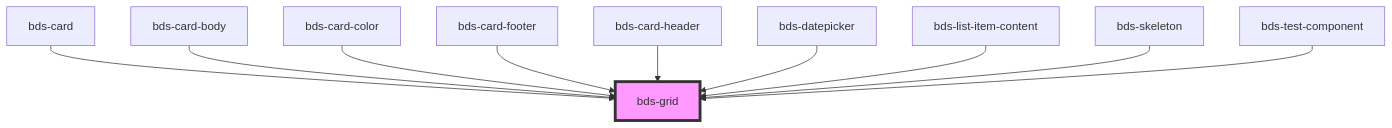
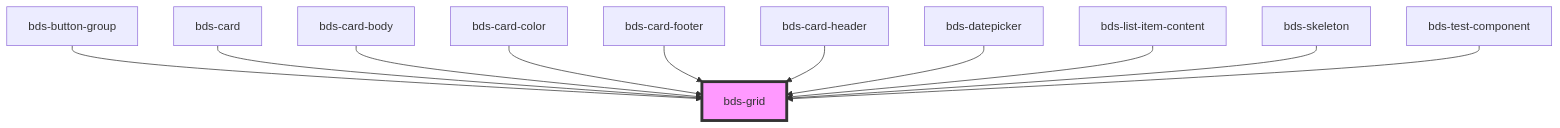
The diagram in src/components/grid/readme.md (takenet/blip-ds), drawn with Mermaid before and after one commit. The commit also changed other lines of this file and 12 other files, not shown here.

````diff
--- a/src/components/grid/readme.md
+++ b/src/components/grid/readme.md
@@ -51,13 +52,14 @@
 ```mermaid
 graph TD;
+  bds-button-group --> bds-grid
   bds-card --> bds-grid
   bds-card-body --> bds-grid
   bds-card-color --> bds-grid
   bds-card-footer --> bds-grid
   bds-card-header --> bds-grid
   bds-datepicker --> bds-grid
   bds-list-item-content --> bds-grid
   bds-skeleton --> bds-grid
   bds-test-component --> bds-grid
   style bds-grid fill:#f9f,stroke:#333,stroke-width:4px
 ```
````
